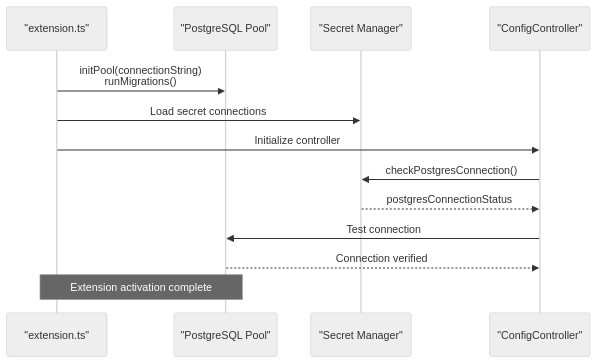
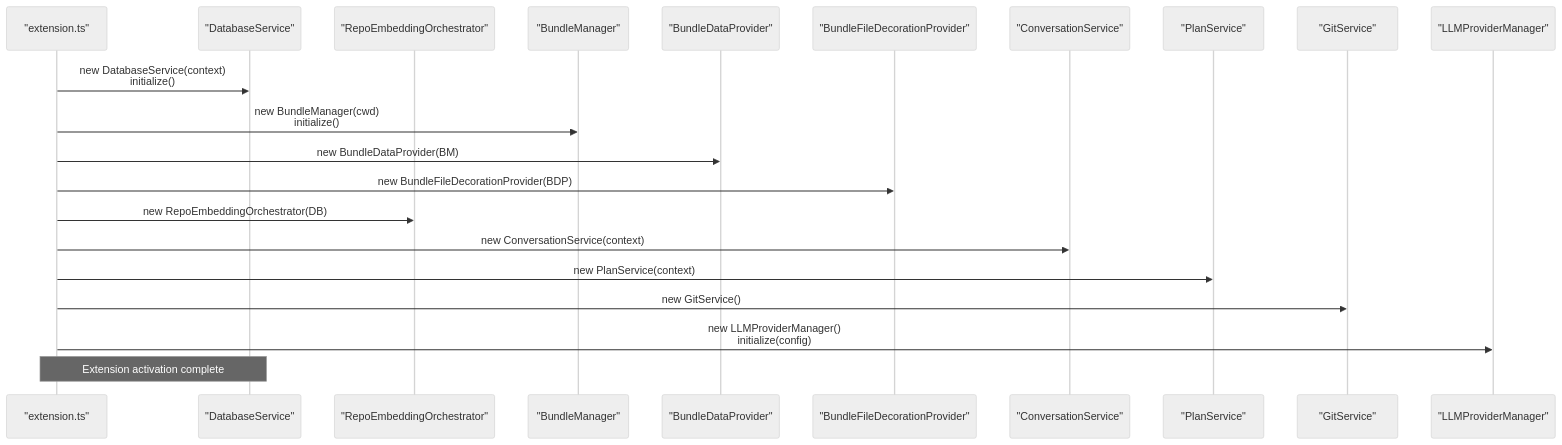
The second of 7 diagrams in .qoder/repowiki/en/content/Storage System/Storage System.md (bramburn/repomix-runner), drawn with Mermaid (neutral theme) before and after one commit. The commit also changed other lines of this file and 41 other files, not shown here.

````diff
--- a/.qoder/repowiki/en/content/Storage System/Storage System.md
+++ b/.qoder/repowiki/en/content/Storage System/Storage System.md
@@ -226,15 +173,23 @@
 ```mermaid
 sequenceDiagram
 participant Ext as "extension.ts"
-participant PG as "PostgreSQL Pool"
-participant SM as "Secret Manager"
-participant CC as "ConfigController"
-Ext->>PG : initPool(connectionString)<br/>runMigrations()
-Ext->>SM : Load secret connections
-Ext->>CC : Initialize controller
-CC->>SM : checkPostgresConnection()
-SM-->>CC : postgresConnectionStatus
-CC->>PG : Test connection
-PG-->>CC : Connection verified
-Note over Ext,PG : Extension activation complete
+participant DB as "DatabaseService"
+participant RIO as "RepoEmbeddingOrchestrator"
+participant BM as "BundleManager"
+participant BDP as "BundleDataProvider"
+participant BFD as "BundleFileDecorationProvider"
+participant CS as "ConversationService"
+participant PS as "PlanService"
+participant GS as "GitService"
+participant LPM as "LLMProviderManager"
+Ext->>DB : new DatabaseService(context)<br/>initialize()
+Ext->>BM : new BundleManager(cwd)<br/>initialize()
+Ext->>BDP : new BundleDataProvider(BM)
+Ext->>BFD : new BundleFileDecorationProvider(BDP)
+Ext->>RIO : new RepoEmbeddingOrchestrator(DB)
+Ext->>CS : new ConversationService(context)
+Ext->>PS : new PlanService(context)
+Ext->>GS : new GitService()
+Ext->>LPM : new LLMProviderManager()<br/>initialize(config)
+Note over Ext,DB : Extension activation complete
 ```
````
